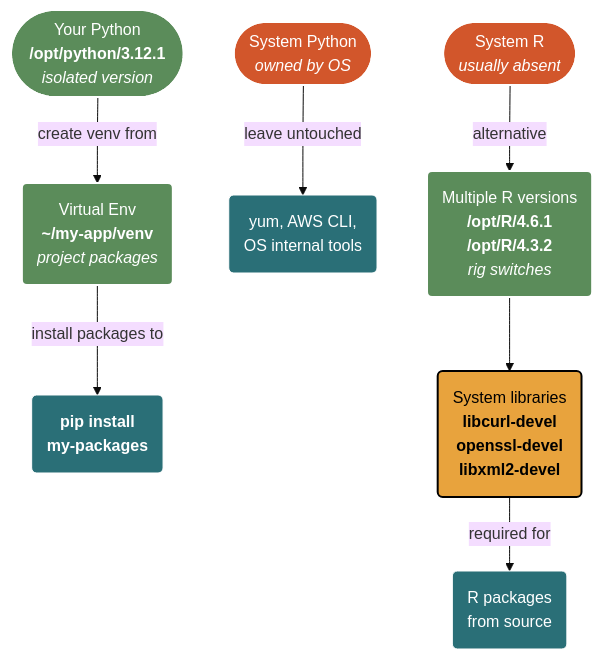
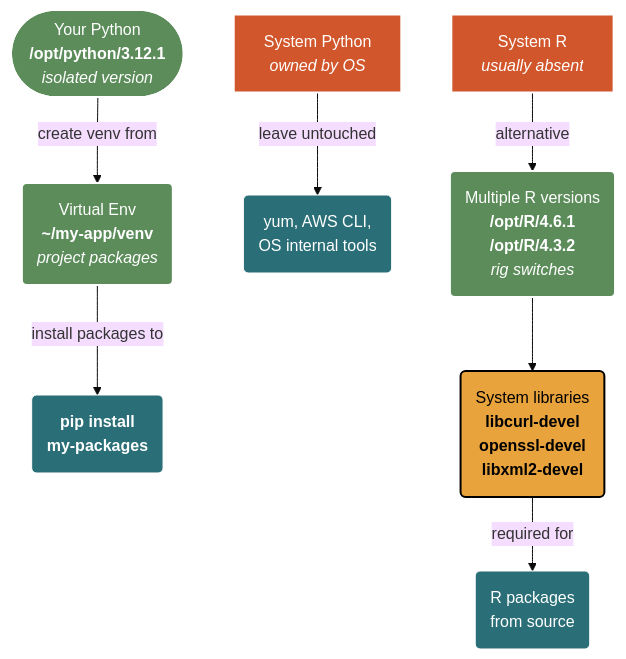
One commit to mjfrigaard/do4ds-labs changed the fourth of 6 diagrams in install-apps.qmd. Above: the diagram before and after it, drawn with Mermaid. The commit also changed other lines of this file and 69 other files, not shown here.

Commit message:
style review fixes; mermaid look; lab07 model scripts and workflow deps

````diff
--- a/install-apps.qmd
+++ b/install-apps.qmd
@@ -415,33 +437,33 @@
 ```{mermaid}
 %%| fig-cap: 'Language Runtime Installation Pattern'
 %%| fig-width: 8.0
 %%| fig-align: 'center'
-%%{init: {'theme': 'base', 'themeVariables': {'fontFamily': 'monospace'}}}%%
+%%{init: {'theme': 'base', 'look': 'classic', 'themeVariables': {'fontFamily': 'monospace'}}}%%
 
 graph TD
-    SysPy(["System Python<br/><em>owned by OS</em>"])
+    SysPy["System Python<br/><em>owned by OS</em>"]
     OptPy(["Your Python<br/><strong>/opt/python/3.12.1</strong><br/><em>isolated version</em>"])
     Venv("Virtual Env<br/><strong>~/my-app/venv</strong><br/><em>project packages</em>")
 
     SysPy -->|"leave untouched"| SysTools("yum, AWS CLI,<br/>OS internal tools")
     OptPy -->|"create venv from"| Venv
     Venv -->|"install packages to"| Packages("<strong>pip install<br/>my-packages</strong>")
 
-    R(["System R<br/><em>usually absent</em>"])
+    R["System R<br/><em>usually absent</em>"]
     OptR("Multiple R versions<br/><strong>/opt/R/4.6.1</strong><br/><strong>/opt/R/4.3.2</strong><br/><em>rig switches</em>")
     Libs("System libraries<br/><strong>libcurl-devel</strong><br/><strong>openssl-devel</strong><br/><strong>libxml2-devel</strong>")
 
     R -->|"alternative"| OptR
     OptR --> Libs
     Libs -->|"required for"| RPackages("R packages<br/>from source")
 
     style SysPy fill:#d2562b,stroke:#fff,stroke-width:2px,color:#fff
     style OptPy fill:#5b8c5a,stroke:#fff,stroke-width:2px,color:#fff
     style Venv fill:#5b8c5a,stroke:#fff,stroke-width:2px,color:#fff
     style Packages fill:#2a6f77,stroke:#fff,stroke-width:1px,color:#fff
     style R fill:#d2562b,stroke:#fff,stroke-width:2px,color:#fff
     style OptR fill:#5b8c5a,stroke:#fff,stroke-width:2px,color:#fff
     style Libs fill:#e8a33d,stroke:#000,stroke-width:2px,color:#000
     style RPackages fill:#2a6f77,stroke:#fff,stroke-width:1px,color:#fff
     style SysTools fill:#2a6f77,stroke:#fff,stroke-width:1px,color:#fff
 ```
````
